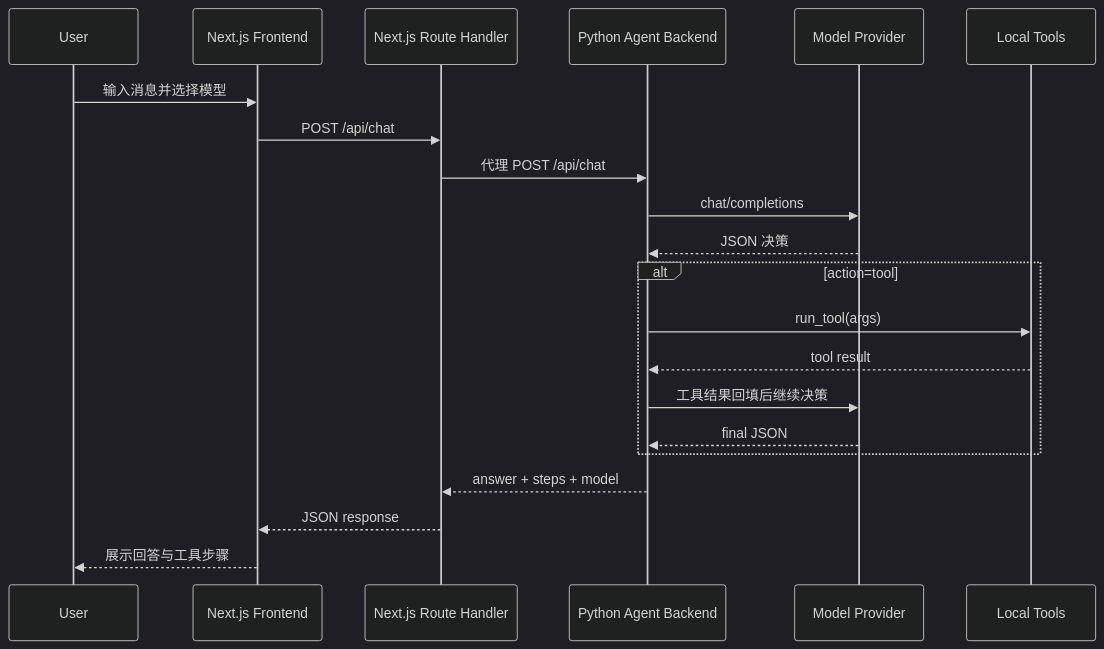
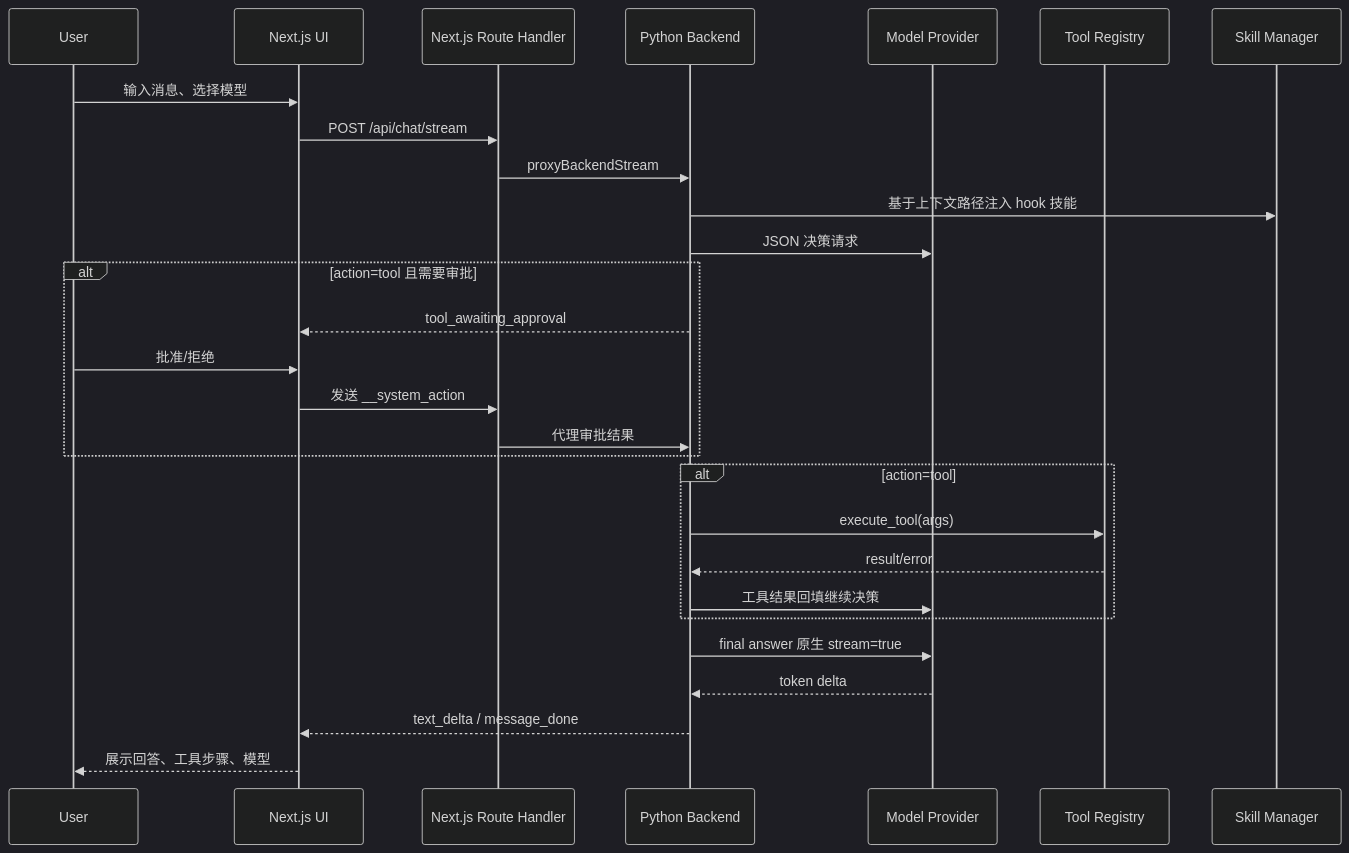
The diagram in docs/technical/technical-design.md (DuGuanhuan/agent_build_codex), drawn with Mermaid (dark theme) before and after one commit. The commit also changed other lines of this file and 58 other files, not shown here.

First line of the commit message:
feat: add runtime switching, skill system, and enhanced agent frontend

````diff
--- a/docs/technical/technical-design.md
+++ b/docs/technical/technical-design.md
@@ -39,24 +39,31 @@
 ```mermaid
 sequenceDiagram
     participant U as User
-    participant FE as Next.js Frontend
+    participant FE as Next.js UI
     participant API as Next.js Route Handler
-    participant BE as Python Agent Backend
+    participant BE as Python Backend
     participant LLM as Model Provider
-    participant Tool as Local Tools
+    participant Tool as Tool Registry
+    participant Skill as Skill Manager
 
-    U->>FE: 输入消息并选择模型
-    FE->>API: POST /api/chat
-    API->>BE: 代理 POST /api/chat
-    BE->>LLM: chat/completions
-    LLM-->>BE: JSON 决策
+    U->>FE: 输入消息、选择模型
+    FE->>API: POST /api/chat/stream
+    API->>BE: proxyBackendStream
+    BE->>Skill: 基于上下文路径注入 hook 技能
+    BE->>LLM: JSON 决策请求
+    alt action=tool 且需要审批
+        BE-->>FE: tool_awaiting_approval
+        U->>FE: 批准/拒绝
+        FE->>API: 发送 __system_action
+        API->>BE: 代理审批结果
+    end
     alt action=tool
-        BE->>Tool: run_tool(args)
-        Tool-->>BE: tool result
-        BE->>LLM: 工具结果回填后继续决策
-        LLM-->>BE: final JSON
+        BE->>Tool: execute_tool(args)
+        Tool-->>BE: result/error
+        BE->>LLM: 工具结果回填继续决策
     end
-    BE-->>API: answer + steps + model
-    API-->>FE: JSON response
-    FE-->>U: 展示回答与工具步骤
+    BE->>LLM: final answer 原生 stream=true
+    LLM-->>BE: token delta
+    BE-->>FE: text_delta / message_done
+    FE-->>U: 展示回答、工具步骤、模型
 ```
````
